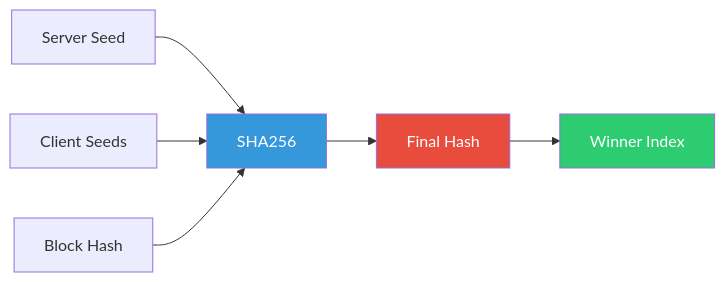
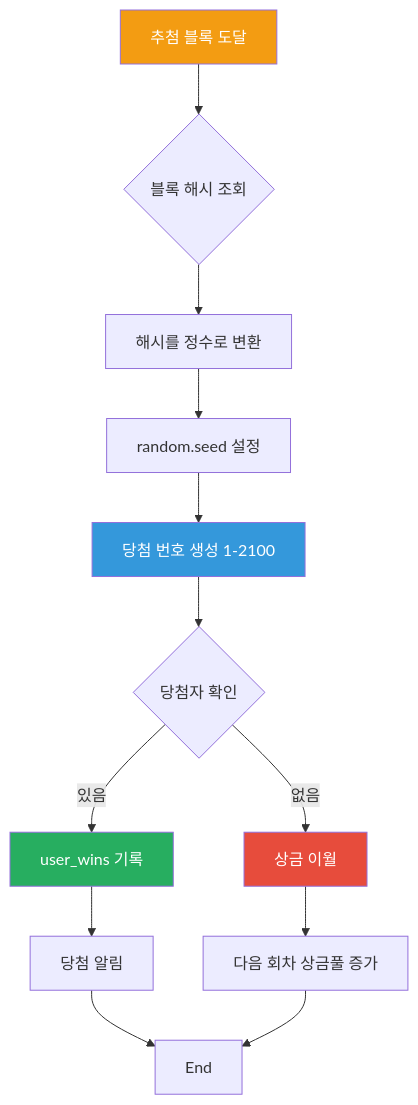
One commit to zzeongzi/lemon-lotto changed the tenth of 18 diagrams in WHITEPAPER.md. Above: the diagram before and after it, drawn with Mermaid. The commit also changed other lines of this file, not shown here.

```diff
--- a/WHITEPAPER.md
+++ b/WHITEPAPER.md
@@ -472,12 +802,19 @@
                 <div class="mermaid">
-                    graph LR
-                        A[Server Seed] --> D[SHA256]
-                        B[Client Seeds] --> D
-                        C[Block Hash] --> D
-                        D --> E[Final Hash]
-                        E --> F[Winner Index]
+                    flowchart TD
+                        A[추첨 블록 도달] --> B{블록 해시 조회}
+                        B --> C[해시를 정수로 변환]
+                        C --> D[random.seed 설정]
+                        D --> E[당첨 번호 생성 1-2100]
+                        E --> F{당첨자 확인}
+                        F -->|있음| G[user_wins 기록]
+                        F -->|없음| H[상금 이월]
+                        G --> I[당첨 알림]
+                        H --> J[다음 회차 상금풀 증가]
+                        I --> K[End]
+                        J --> K
                         
-                        style D fill:#3498db,color:#fff
-                        style E fill:#e74c3c,color:#fff
-                        style F fill:#2ecc71,color:#fff
+                        style A fill:#f39c12,color:#fff
+                        style E fill:#3498db,color:#fff
+                        style G fill:#27ae60,color:#fff
+                        style H fill:#e74c3c,color:#fff
                 </div>
```
